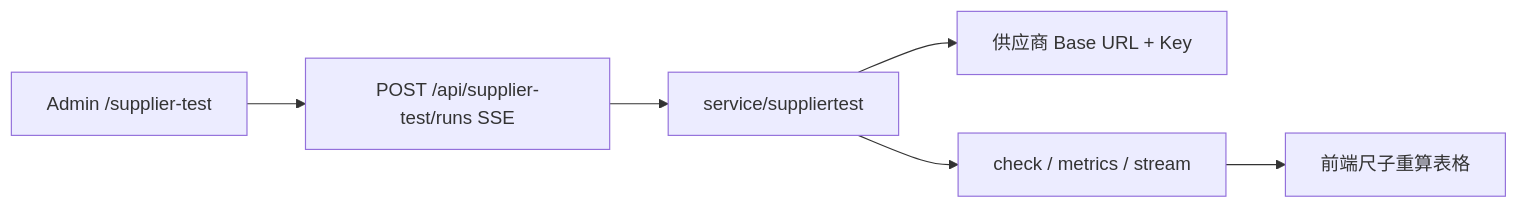
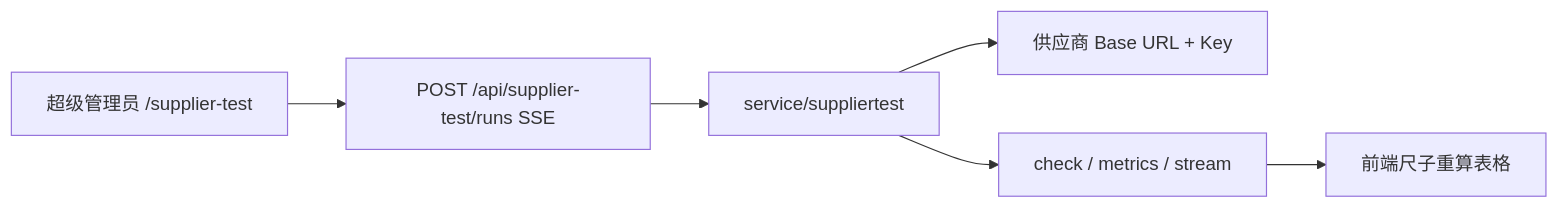
One commit to lelinhomafx4021-creator/novamaas-workspace changed the second of 2 diagrams in docs/design/SUPPLIER_TEST.zh_CN.md. Above: the diagram before and after it, drawn with Mermaid. The commit also changed 10 other files, not shown here.

Commit message:
fix(supplier-test): enforce root access and harden streams

````diff
--- a/docs/design/SUPPLIER_TEST.zh_CN.md
+++ b/docs/design/SUPPLIER_TEST.zh_CN.md
@@ -42,8 +42,8 @@
 ```mermaid
 flowchart LR
-  UI[Admin /supplier-test] --> API["POST /api/supplier-test/runs SSE"]
+  UI[超级管理员 /supplier-test] --> API["POST /api/supplier-test/runs SSE"]
   API --> Runner[service/suppliertest]
   Runner --> Upstream[供应商 Base URL + Key]
   Runner --> Events[check / metrics / stream]
   Events --> Table[前端尺子重算表格]
 ```
````
